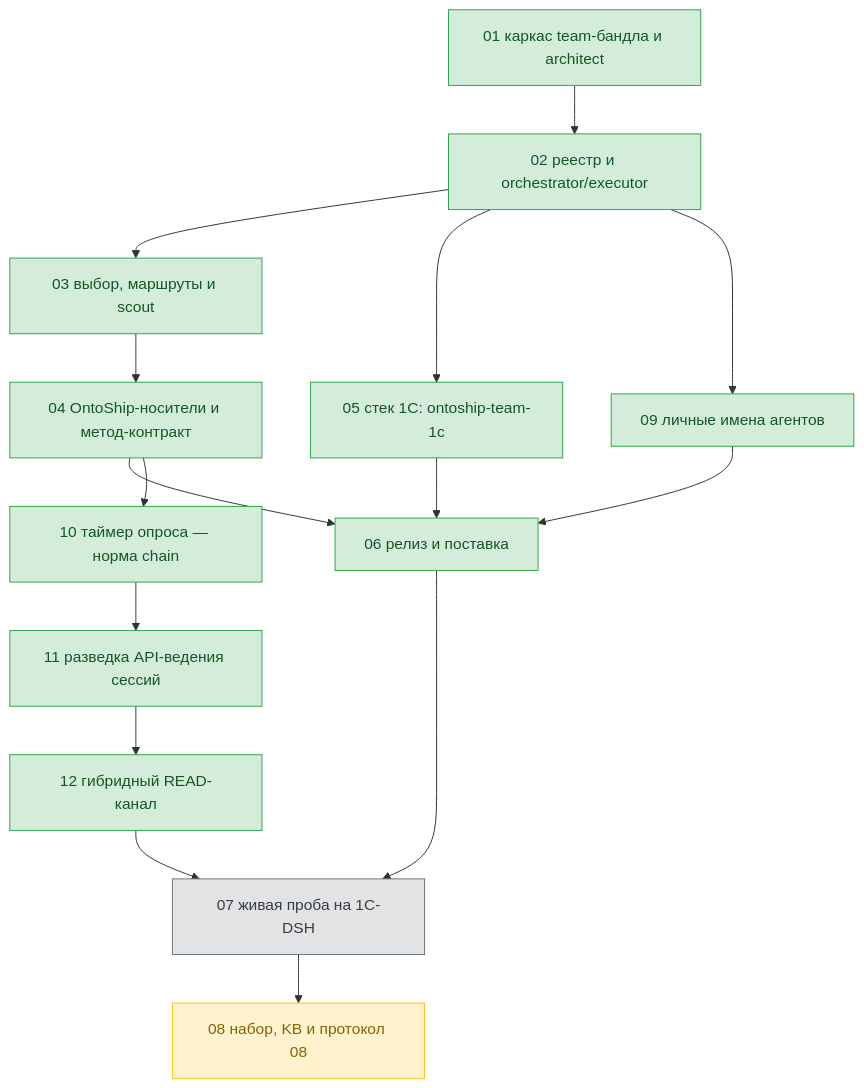
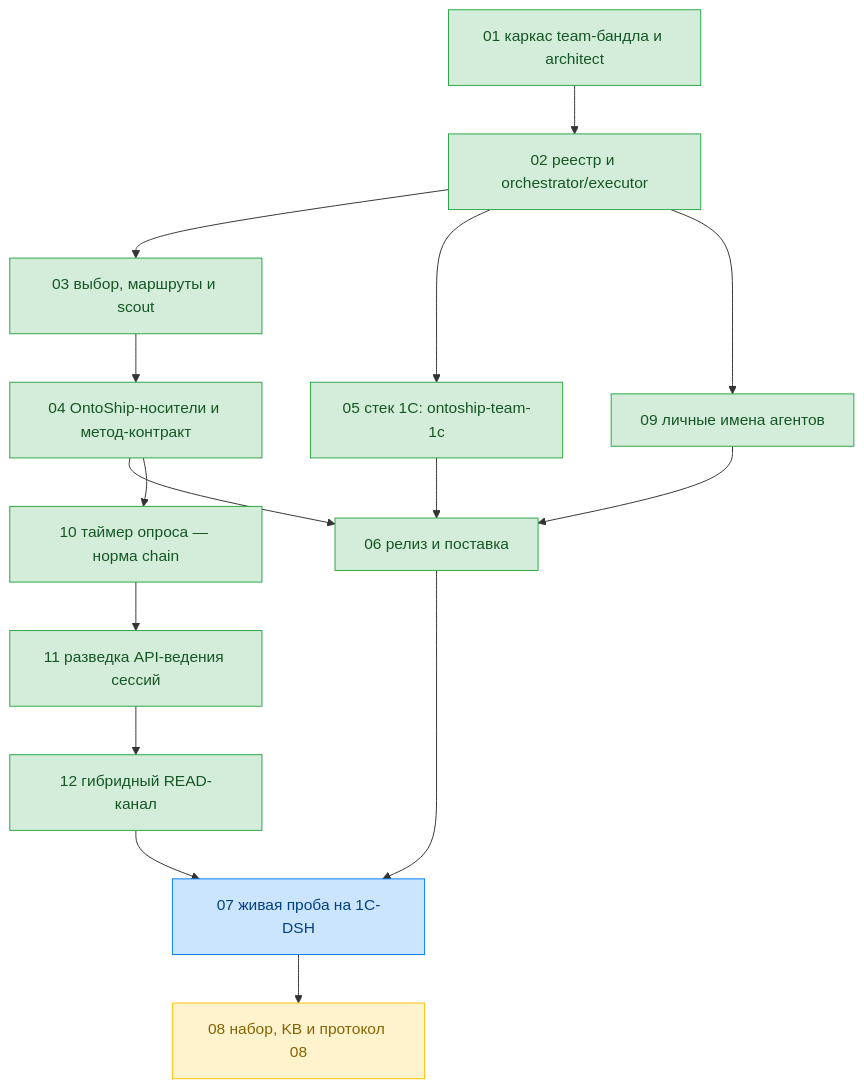
The diagram in tickets/team-profiles/dag.md (ntin60775/ontoship-ntin), drawn with Mermaid before and after one commit. The commit also changed other lines of this file and 2 other files, not shown here.

````diff
--- a/tickets/team-profiles/dag.md
+++ b/tickets/team-profiles/dag.md
@@ -11,39 +11,39 @@
 ```mermaid
 flowchart TD
   T01["01 каркас team-бандла и architect"]
   T02["02 реестр и orchestrator/executor"]
   T03["03 выбор, маршруты и scout"]
   T04["04 OntoShip-носители и метод-контракт"]
   T05["05 стек 1C: ontoship-team-1c"]
   T06["06 релиз и поставка"]
   T07["07 живая проба на 1C-DSH"]
   T08["08 набор, KB и протокол 08"]
   T09["09 личные имена агентов"]
   T10["10 таймер опроса — норма chain"]
   T11["11 разведка API-ведения сессий"]
   T12["12 гибридный READ-канал"]
 
   T01 --> T02
   T02 --> T03
   T02 --> T05
   T02 --> T09
   T03 --> T04
   T04 --> T06
   T04 --> T10
   T05 --> T06
   T09 --> T06
   T06 --> T07
   T10 --> T11
   T11 --> T12
   T12 --> T07
   T07 --> T08
 
   classDef done fill:#d4edda,stroke:#28a745,color:#155724;
   classDef running fill:#cce5ff,stroke:#007bff,color:#004085;
   classDef pending fill:#e2e3e5,stroke:#6c757d,color:#383d41;
   classDef waiting fill:#fff3cd,stroke:#ffc107,color:#856404;
 
   class T01,T02,T03,T04,T05,T06,T09,T10,T11,T12 done;
-  class T07 pending;
+  class T07 running;
   class T08 waiting;
 ```
````
